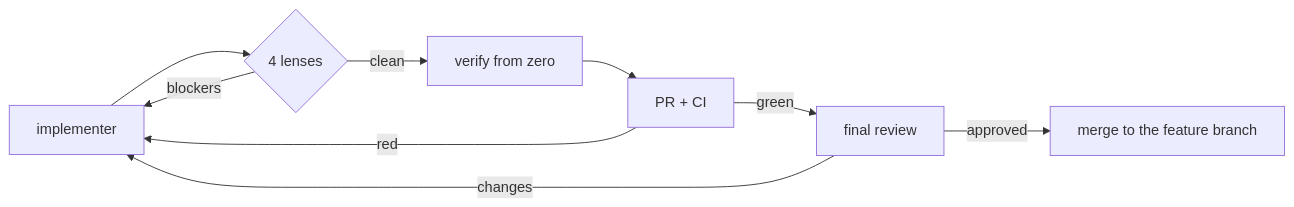
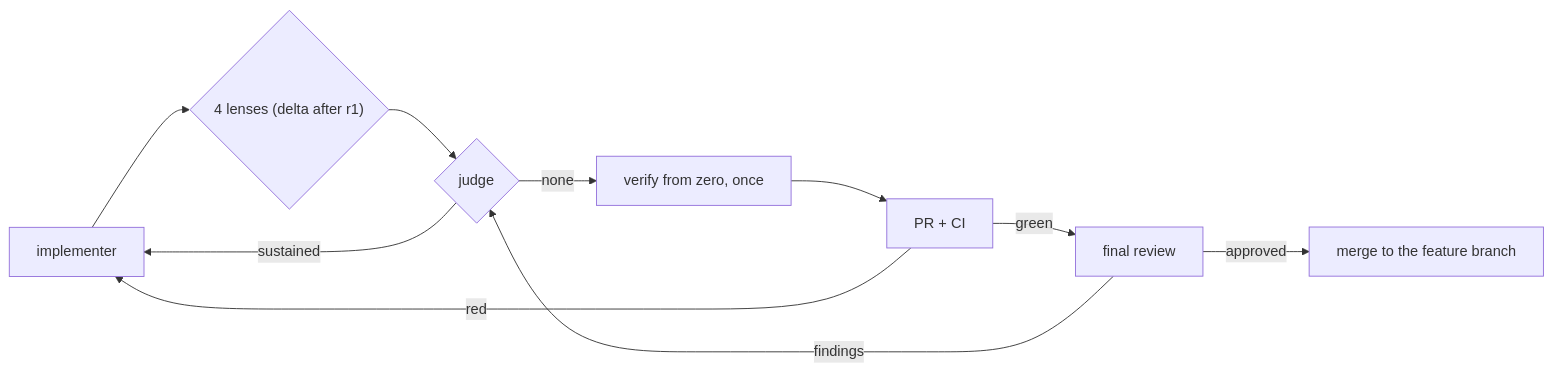
Before and after one commit to farias-77/skills: the second of 2 diagrams in README.md, drawn with Mermaid. The commit also changed other lines of this file and 14 other files, not shown here.

First line of the commit message:
feat(exec): the maestro conducts alone, the judge closes the rounds, and every reread pays the delta price

````diff
--- a/README.md
+++ b/README.md
@@ -98,11 +101,12 @@
 ```mermaid
 flowchart LR
-  I["implementer"] --> L{"4 lenses"}
-  L -- "blockers" --> I
-  L -- "clean" --> V["verify from zero"]
+  I["implementer"] --> L{"4 lenses (delta after r1)"}
+  L --> J{"judge"}
+  J -- "sustained" --> I
+  J -- "none" --> V["verify from zero, once"]
   V --> P["PR + CI"]
   P -- "red" --> I
   P -- "green" --> F["final review"]
-  F -- "changes" --> I
+  F -- "findings" --> J
   F -- "approved" --> M["merge to the feature branch"]
 ```
````
